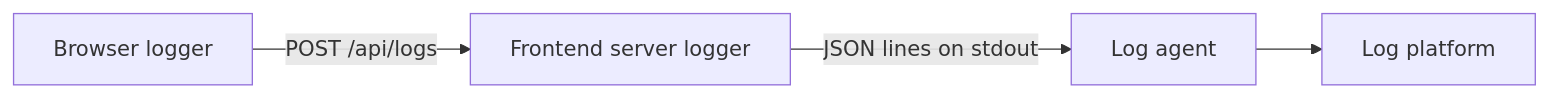
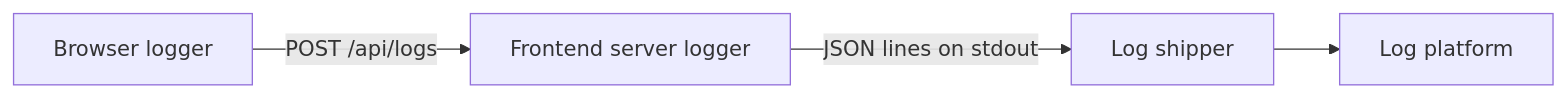
One commit to christiansany/cas-fee-26-frontend-challenges changed the second of 4 diagrams in topics/logging/README.md. Above: the diagram before and after it, drawn with Mermaid. The commit also changed other lines of this file and 3 other files, not shown here.

````diff
--- a/topics/logging/README.md
+++ b/topics/logging/README.md
@@ -91,6 +82,6 @@
 ```mermaid
 flowchart LR
   browser["Browser logger"] -->|"POST /api/logs"| server["Frontend server logger"]
-  server -->|"JSON lines on stdout"| agent["Log agent"]
-  agent --> platform["Log platform"]
+  server -->|"JSON lines on stdout"| shipper["Log shipper"]
+  shipper --> platform["Log platform"]
 ```
````
